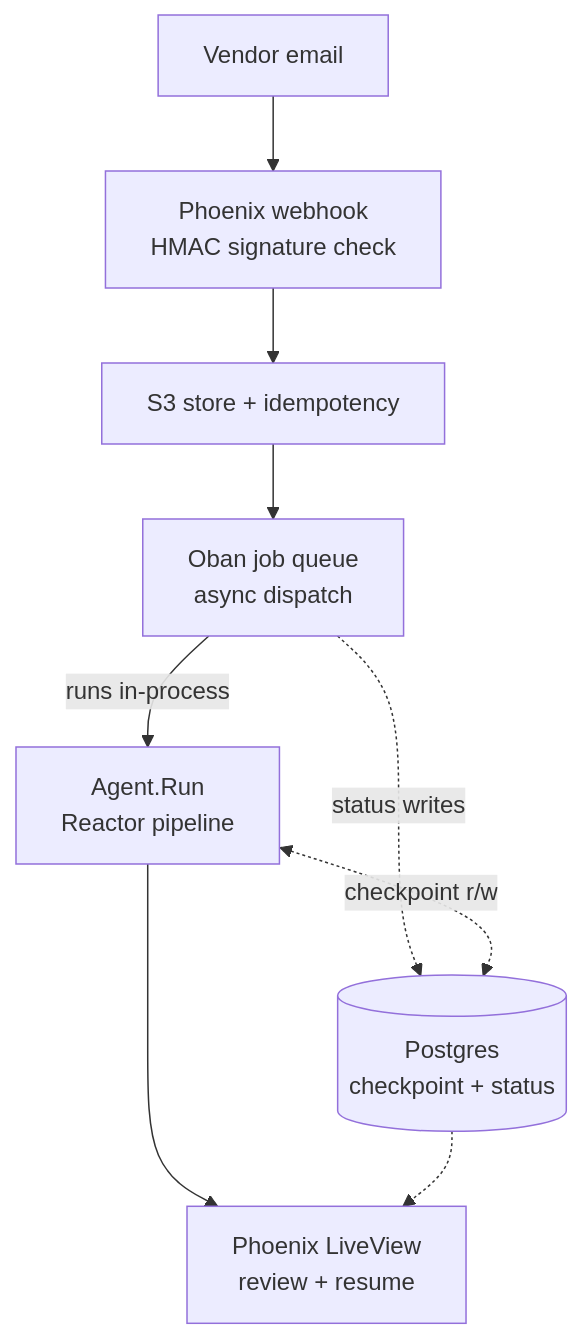
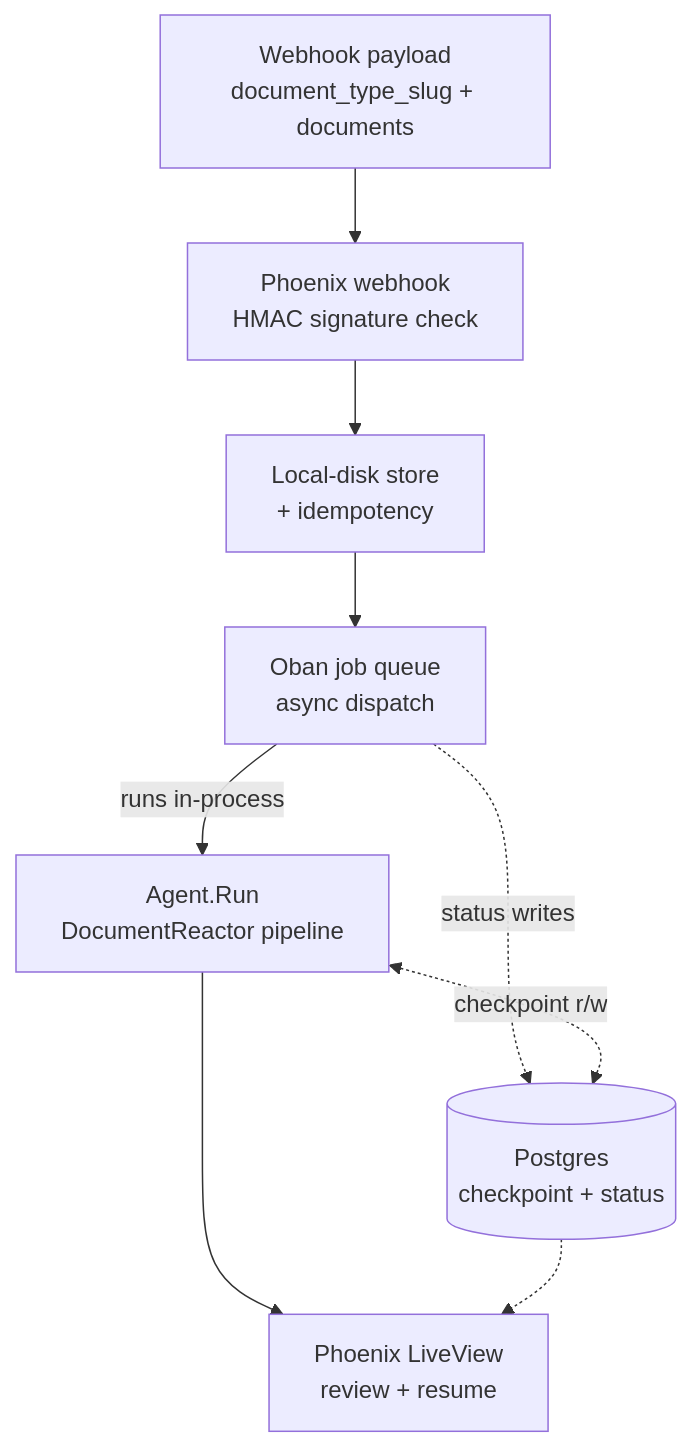
One commit to divijjain/vendor_onboarding changed the first of 3 diagrams in README.md. Above: the diagram before and after it, drawn with Mermaid. The commit also changed other lines of this file, not shown here.

Commit message:
feat: generalize document processing to support multiple document types

````diff
--- a/README.md
+++ b/README.md
@@ -18,11 +18,11 @@
 ```mermaid
 flowchart TD
-    A[Vendor email] --> W[Phoenix webhook<br/>HMAC signature check]
-    W --> B[S3 store + idempotency]
+    A[Webhook payload<br/>document_type_slug + documents] --> W[Phoenix webhook<br/>HMAC signature check]
+    W --> B[Local-disk store<br/>+ idempotency]
     B --> C[Oban job queue<br/>async dispatch]
-    C -->|runs in-process| D[Agent.Run<br/>Reactor pipeline]
+    C -->|runs in-process| D[Agent.Run<br/>DocumentReactor pipeline]
     C -.->|status writes| E[(Postgres<br/>checkpoint + status)]
     D <-.->|checkpoint r/w| E
     D --> F[Phoenix LiveView<br/>review + resume]
     E -.-> F
 ```
````
